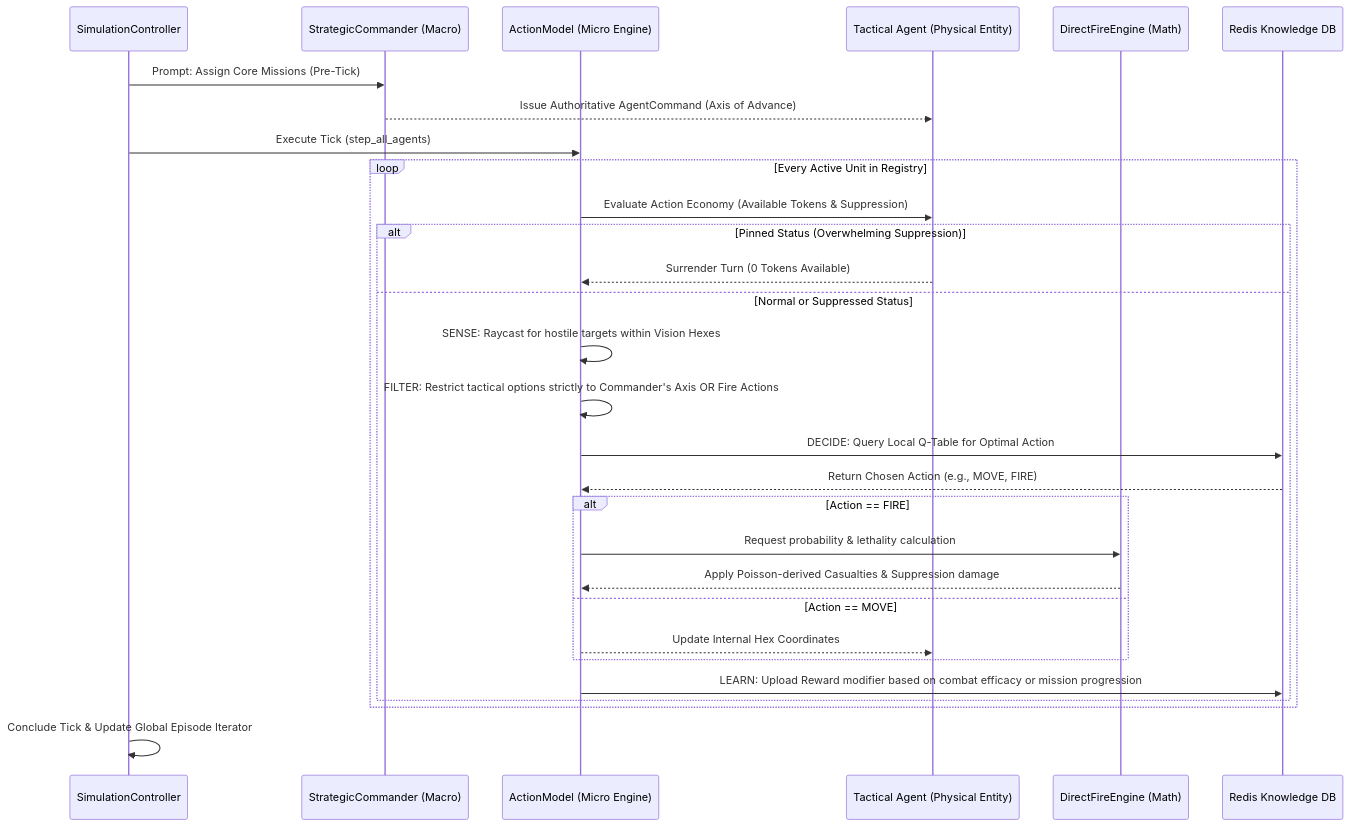
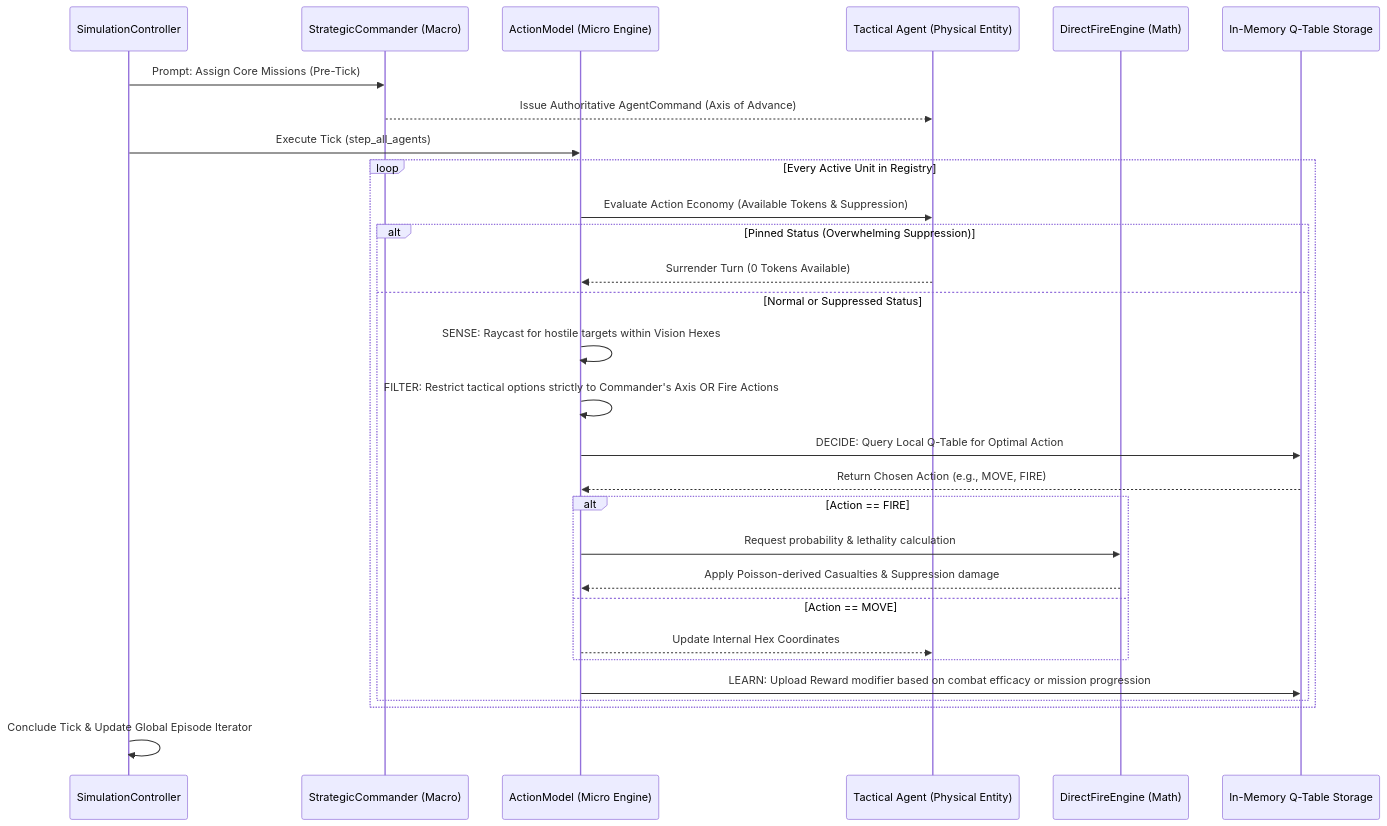
Before and after one commit to AnshumSrivastava/War: the second of 3 diagrams in docs/diagrams.md, drawn with Mermaid. The commit also changed other lines of this file and 60 other files, not shown here.

````diff
--- a/docs/diagrams.md
+++ b/docs/diagrams.md
@@ -47,35 +47,35 @@
 ```mermaid
 sequenceDiagram
     participant Main as SimulationController
     participant Cmdr as StrategicCommander (Macro)
     participant Model as ActionModel (Micro Engine)
     participant Unit as Tactical Agent (Physical Entity)
     participant Combat as DirectFireEngine (Math)
-    participant Redis as Redis Knowledge DB
+    participant QTable as In-Memory Q-Table Storage
 
     Main->>Cmdr: Prompt: Assign Core Missions (Pre-Tick)
     Cmdr-->>Unit: Issue Authoritative AgentCommand (Axis of Advance)
     
     Main->>Model: Execute Tick (step_all_agents)
     loop Every Active Unit in Registry
         Model->>Unit: Evaluate Action Economy (Available Tokens & Suppression)
         alt Pinned Status (Overwhelming Suppression)
             Unit-->>Model: Surrender Turn (0 Tokens Available)
         else Normal or Suppressed Status
             Model->>Model: SENSE: Raycast for hostile targets within Vision Hexes
             Model->>Model: FILTER: Restrict tactical options strictly to Commander's Axis OR Fire Actions
-            Model->>Redis: DECIDE: Query Local Q-Table for Optimal Action
-            Redis-->>Model: Return Chosen Action (e.g., MOVE, FIRE)
+            Model->>QTable: DECIDE: Query Local Q-Table for Optimal Action
+            QTable-->>Model: Return Chosen Action (e.g., MOVE, FIRE)
             
             alt Action == FIRE
                 Model->>Combat: Request probability & lethality calculation
                 Combat-->>Model: Apply Poisson-derived Casualties & Suppression damage
             else Action == MOVE
                 Model-->>Unit: Update Internal Hex Coordinates
             end
             
-            Model->>Redis: LEARN: Upload Reward modifier based on combat efficacy or mission progression
+            Model->>QTable: LEARN: Upload Reward modifier based on combat efficacy or mission progression
         end
     end
     Main->>Main: Conclude Tick & Update Global Episode Iterator
 ```
````
